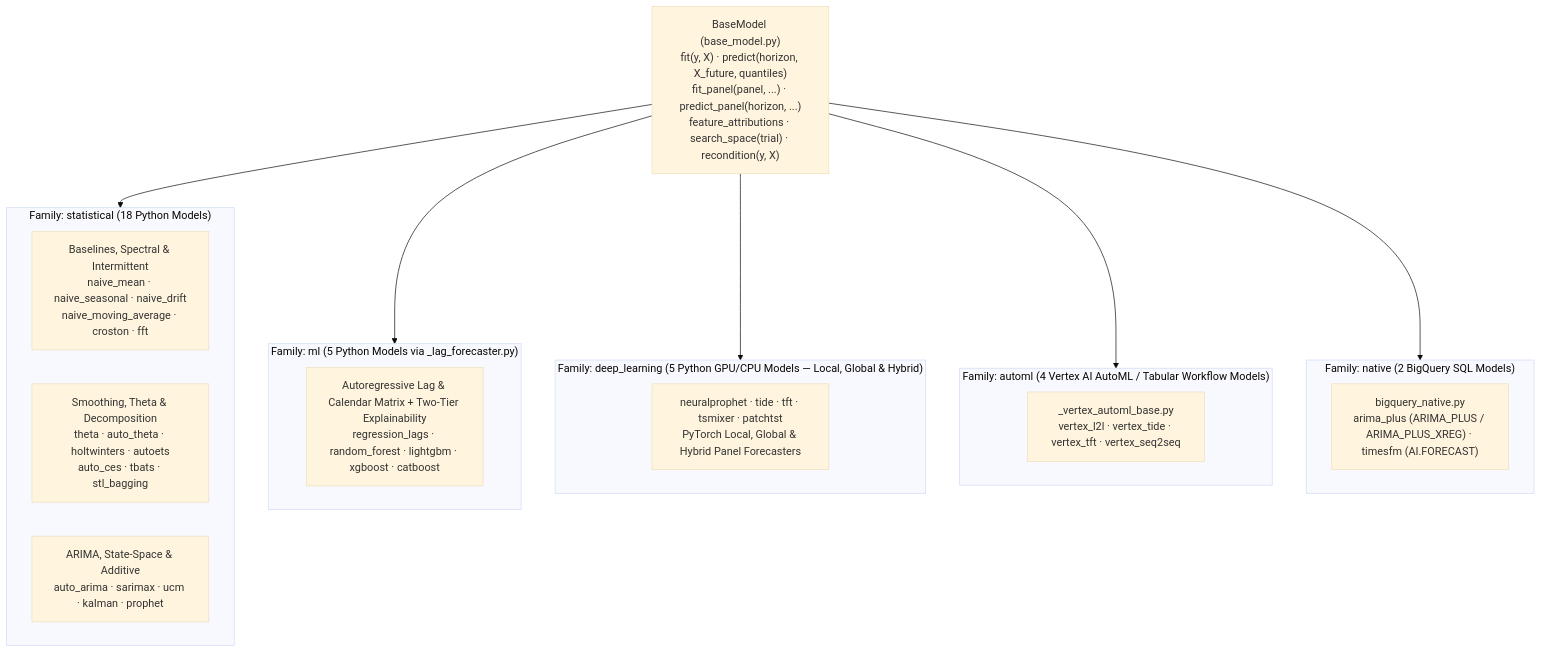
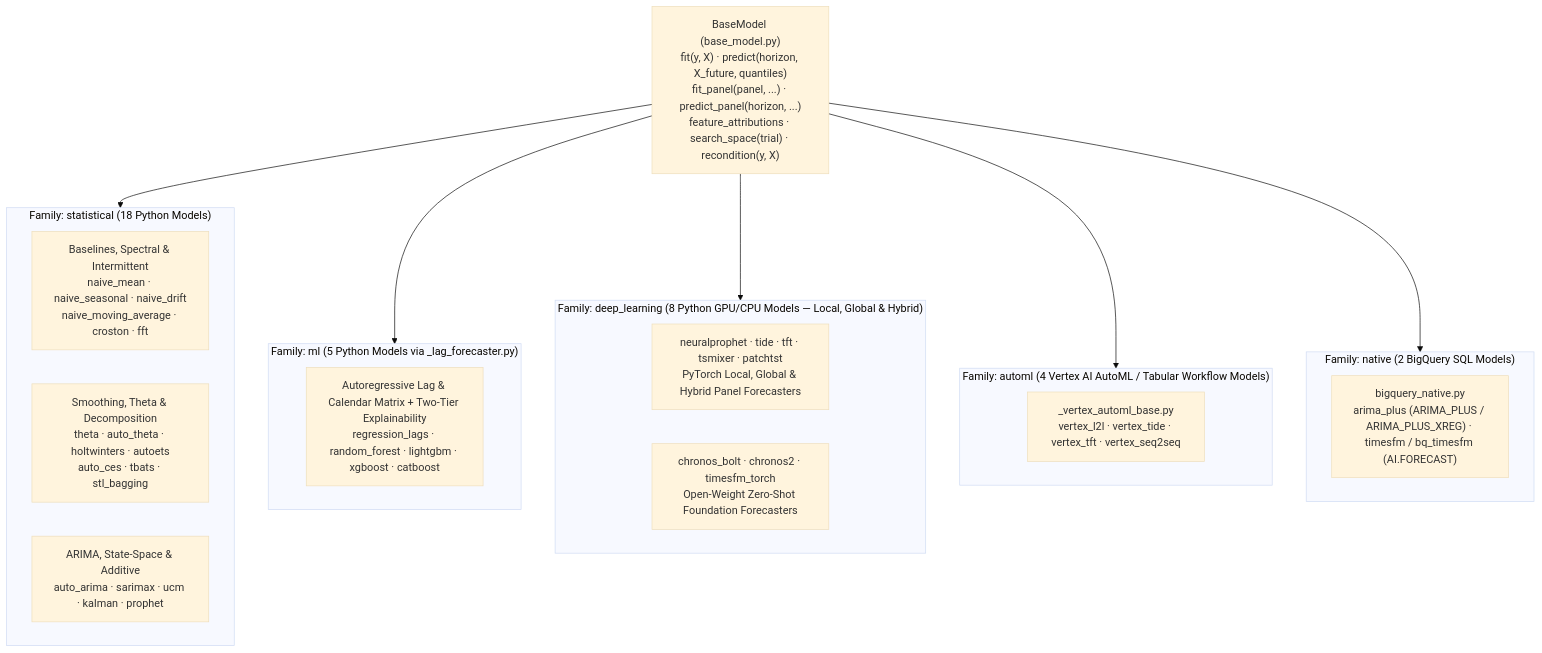
One commit to statmike/scale-forecasting changed the diagram in src/scale_forecasting/models/README.md. Above: the diagram before and after it, drawn with Mermaid (base theme). The commit also changed other lines of this file and 70 other files, not shown here.

Commit message:
feat(models): add open-weight foundation model suite (chronos_bolt, chronos2, timesfm_torch) and [models-foundation] extra

````diff
--- a/src/scale_forecasting/models/README.md
+++ b/src/scale_forecasting/models/README.md
@@ -7,28 +7,29 @@
 ```mermaid
 flowchart TB
     base["BaseModel (base_model.py)<br/>fit(y, X) · predict(horizon, X_future, quantiles)<br/>fit_panel(panel, ...) · predict_panel(horizon, ...)<br/>feature_attributions · search_space(trial) · recondition(y, X)"]
 
     subgraph stat["Family: statistical (18 Python Models)"]
         naive["Baselines, Spectral & Intermittent<br/>naive_mean · naive_seasonal · naive_drift<br/>naive_moving_average · croston · fft"]
         ets["Smoothing, Theta & Decomposition<br/>theta · auto_theta · holtwinters · autoets<br/>auto_ces · tbats · stl_bagging"]
         ss["ARIMA, State-Space & Additive<br/>auto_arima · sarimax · ucm · kalman · prophet"]
     end
 
     subgraph ml["Family: ml (5 Python Models via _lag_forecaster.py)"]
         lag["Autoregressive Lag & Calendar Matrix + Two-Tier Explainability<br/>regression_lags · random_forest · lightgbm · xgboost · catboost"]
     end
 
-    subgraph dl["Family: deep_learning (5 Python GPU/CPU Models — Local, Global & Hybrid)"]
+    subgraph dl["Family: deep_learning (8 Python GPU/CPU Models — Local, Global & Hybrid)"]
         np["neuralprophet · tide · tft · tsmixer · patchtst<br/>PyTorch Local, Global & Hybrid Panel Forecasters"]
+        fnd["chronos_bolt · chronos2 · timesfm_torch<br/>Open-Weight Zero-Shot Foundation Forecasters"]
     end
 
     subgraph aml["Family: automl (4 Vertex AI AutoML / Tabular Workflow Models)"]
         vaml["_vertex_automl_base.py<br/>vertex_l2l · vertex_tide · vertex_tft · vertex_seq2seq"]
     end
 
     subgraph nat["Family: native (2 BigQuery SQL Models)"]
-        bq["bigquery_native.py<br/>arima_plus (ARIMA_PLUS / ARIMA_PLUS_XREG) · timesfm (AI.FORECAST)"]
+        bq["bigquery_native.py<br/>arima_plus (ARIMA_PLUS / ARIMA_PLUS_XREG) · timesfm / bq_timesfm (AI.FORECAST)"]
     end
 
     base --> stat & ml & dl & aml & nat
 ```
````
